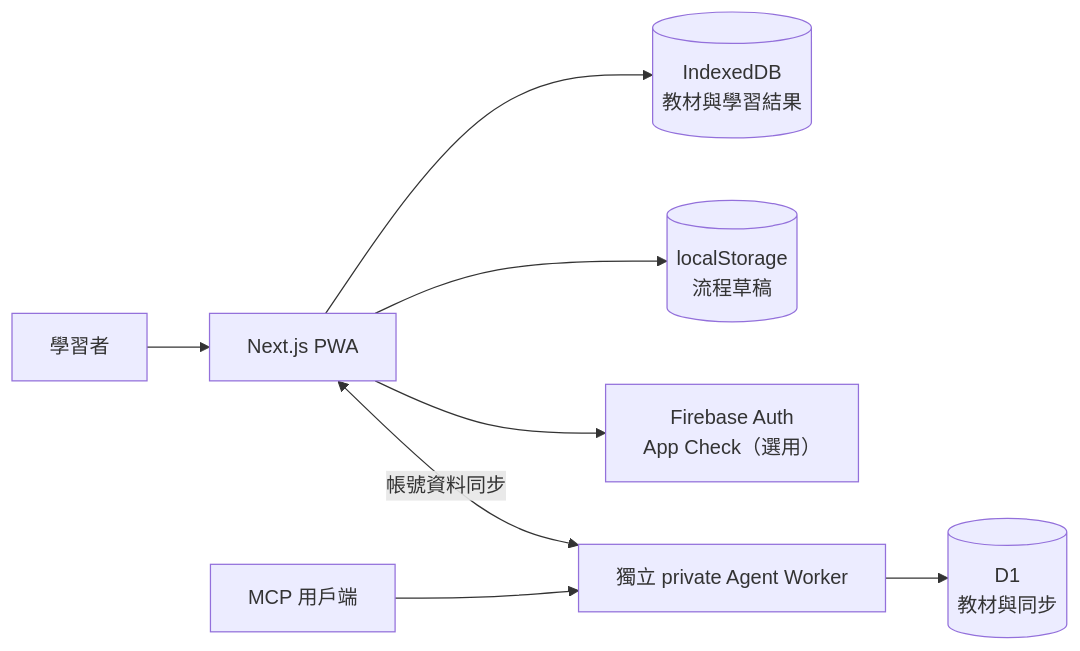
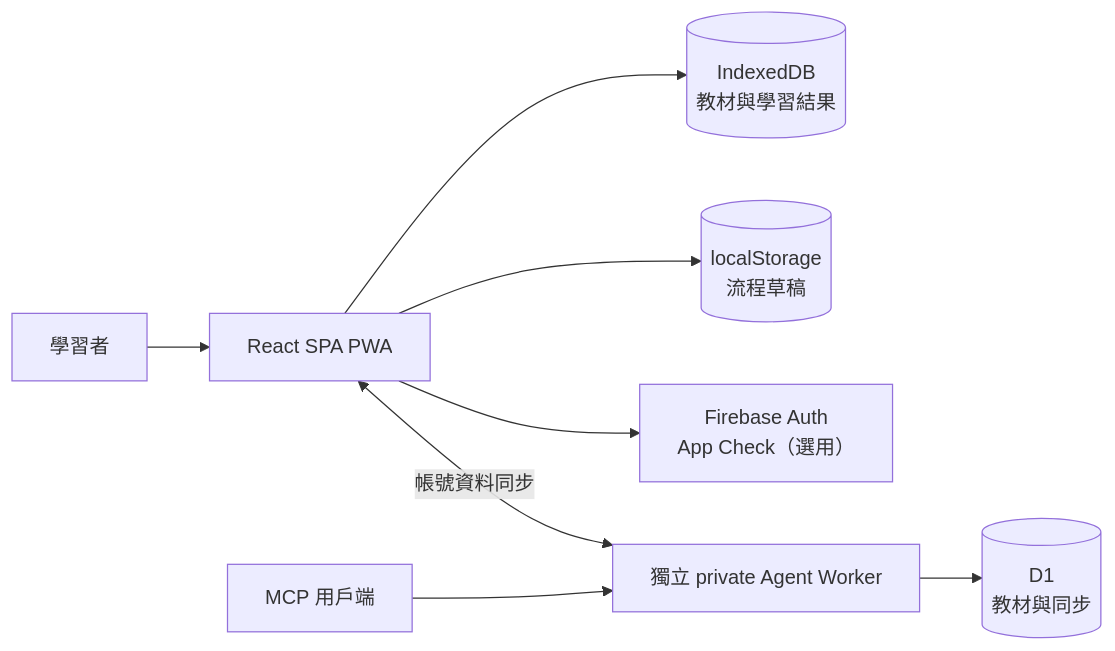
Before and after one commit to tavricccc/lexiro: the diagram in README.md, drawn with Mermaid. The commit also changed other lines of this file and 9 other files, not shown here.

````diff
--- a/README.md
+++ b/README.md
@@ -22,10 +22,10 @@
 ```mermaid
 flowchart LR
-    U[學習者] --> PWA[Next.js PWA]
+    U[學習者] --> PWA[React SPA PWA]
     PWA --> IDB[(IndexedDB<br/>教材與學習結果)]
     PWA --> Draft[(localStorage<br/>流程草稿)]
     PWA --> Auth[Firebase Auth<br/>App Check（選用）]
     PWA <-->|帳號資料同步| W[獨立 private Agent Worker]
     MCP[MCP 用戶端] --> W
     W --> D1[(D1<br/>教材與同步)]
 ```
````
